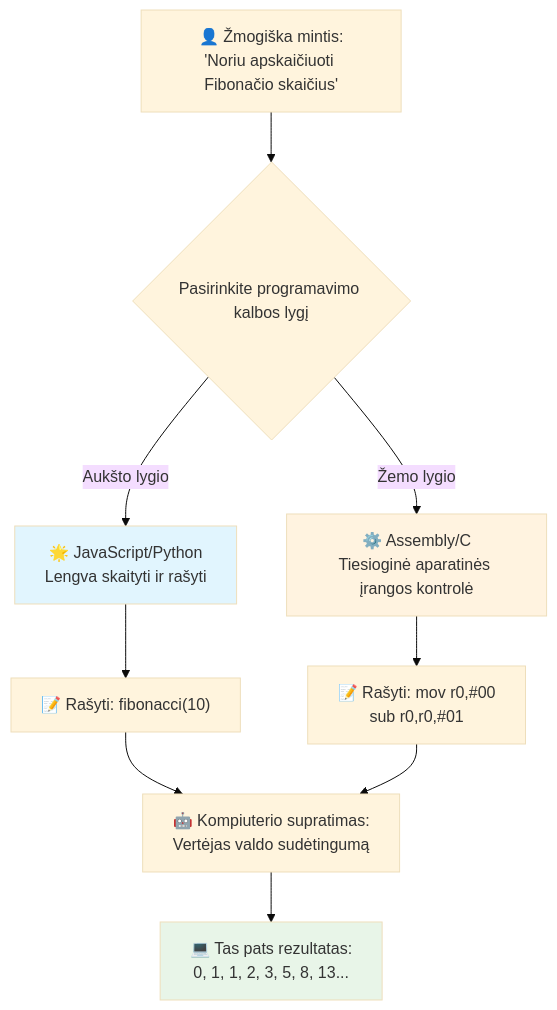
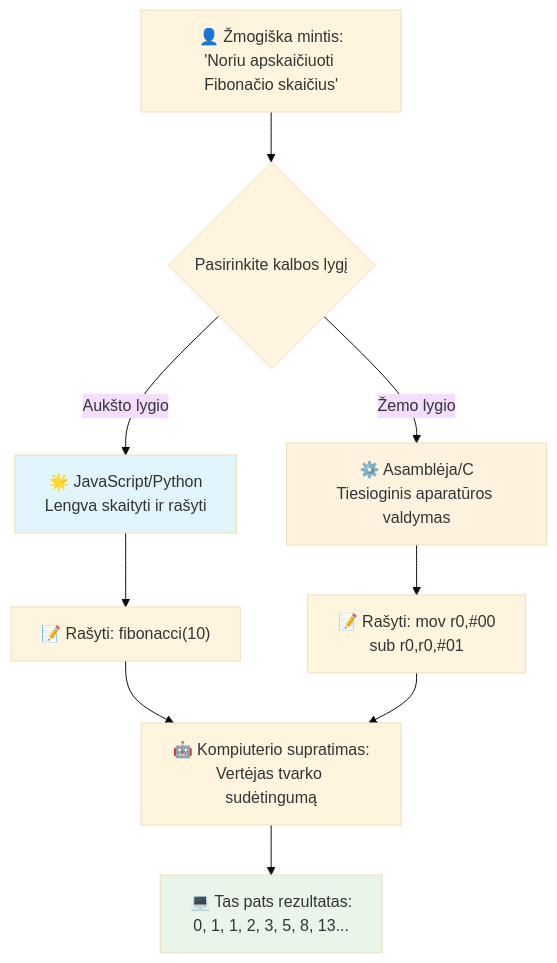
The third of 7 diagrams in translations/lt/1-getting-started-lessons/1-intro-to-programming-languages/README.md (microsoft/Web-Dev-For-Beginners), drawn with Mermaid (base theme) before and after one commit. The commit also changed other lines of this file and 8 other files, not shown here.

````diff
--- a/translations/lt/1-getting-started-lessons/1-intro-to-programming-languages/README.md
+++ b/translations/lt/1-getting-started-lessons/1-intro-to-programming-languages/README.md
@@ -148,19 +148,19 @@
 ```mermaid
 flowchart TB
-    A["👤 Žmogiška mintis:<br/>'Noriu apskaičiuoti Fibonačio skaičius'"] --> B{Pasirinkite programavimo kalbos lygį}
+    A["👤 Žmogiška mintis:<br/>'Noriu apskaičiuoti Fibonačio skaičius'"] --> B{Pasirinkite kalbos lygį}
     
     B -->|Aukšto lygio| C["🌟 JavaScript/Python<br/>Lengva skaityti ir rašyti"]
-    B -->|Žemo lygio| D["⚙️ Assembly/C<br/>Tiesioginė aparatinės įrangos kontrolė"]
+    B -->|Žemo lygio| D["⚙️ Asamblėja/C<br/>Tiesioginis aparatūros valdymas"]
     
     C --> E["📝 Rašyti: fibonacci(10)"]
     D --> F["📝 Rašyti: mov r0,#00<br/>sub r0,r0,#01"]
     
-    E --> G["🤖 Kompiuterio supratimas:<br/>Vertėjas valdo sudėtingumą"]
+    E --> G["🤖 Kompiuterio supratimas:<br/>Vertėjas tvarko sudėtingumą"]
     F --> G
     
     G --> H["💻 Tas pats rezultatas:<br/>0, 1, 1, 2, 3, 5, 8, 13..."]
     
     style C fill:#e1f5fe
     style D fill:#fff3e0
     style H fill:#e8f5e8
 ```
````
